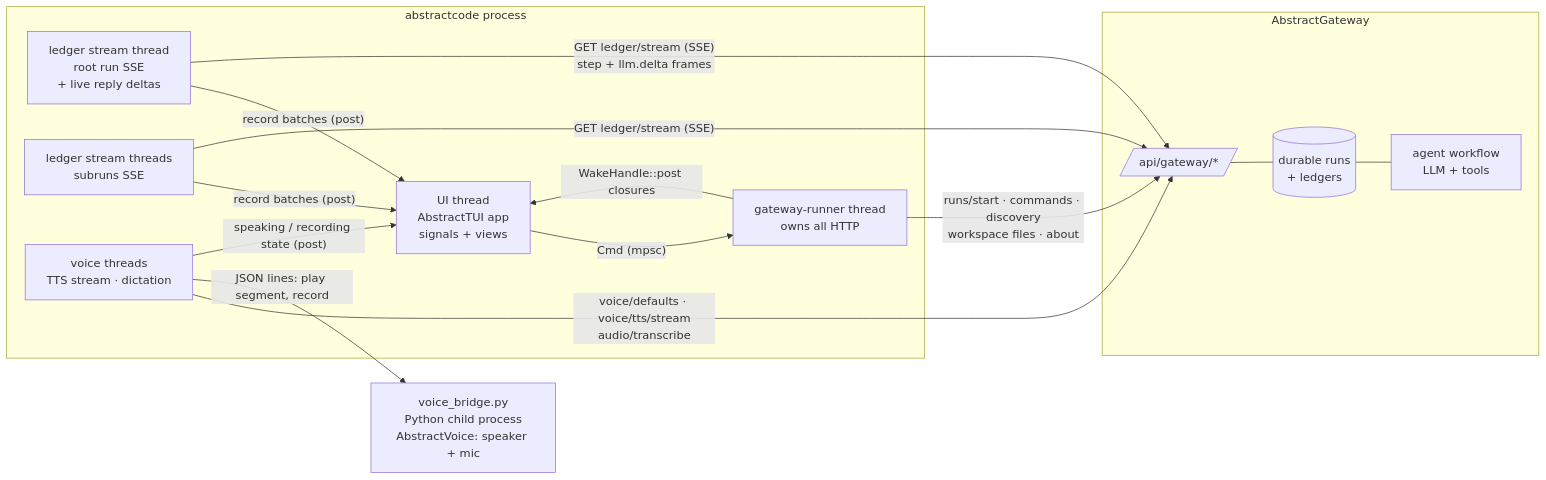
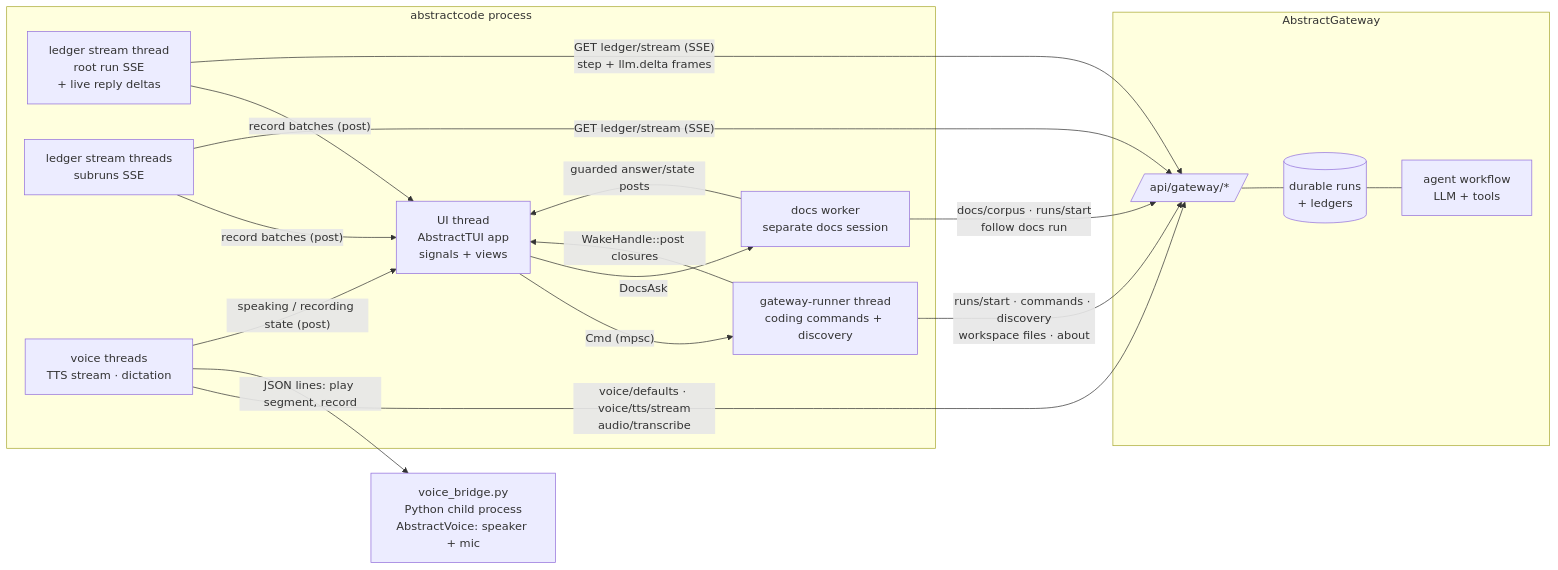
Before and after one commit to lpalbou/AbstractCode: the first of 3 diagrams in tui/docs/architecture.md, drawn with Mermaid. The commit also changed other lines of this file and 24 other files, not shown here.

````diff
--- a/tui/docs/architecture.md
+++ b/tui/docs/architecture.md
@@ -11,28 +11,32 @@
 ```mermaid
 flowchart LR
   subgraph terminal [abstractcode process]
     UI[UI thread<br/>AbstractTUI app<br/>signals + views]
-    W[gateway-runner thread<br/>owns all HTTP]
+    W[gateway-runner thread<br/>coding commands + discovery]
     S1[ledger stream thread<br/>root run SSE<br/>+ live reply deltas]
     S2[ledger stream threads<br/>subruns SSE]
+    D[docs worker<br/>separate docs session]
     V[voice threads<br/>TTS stream · dictation]
   end
   BR[voice_bridge.py<br/>Python child process<br/>AbstractVoice: speaker + mic]
   subgraph gw [AbstractGateway]
     API[/api/gateway/*/]
     RUNS[(durable runs<br/>+ ledgers)]
     AGENT[agent workflow<br/>LLM + tools]
   end
   UI -- "Cmd (mpsc)" --> W
   W -- "WakeHandle::post closures" --> UI
   S1 -- "record batches (post)" --> UI
   S2 -- "record batches (post)" --> UI
   W -- "runs/start · commands · discovery<br/>workspace files · about" --> API
   S1 -- "GET ledger/stream (SSE)<br/>step + llm.delta frames" --> API
   S2 -- "GET ledger/stream (SSE)" --> API
+  UI -- "DocsAsk" --> D
+  D -- "docs/corpus · runs/start<br/>follow docs run" --> API
+  D -- "guarded answer/state posts" --> UI
   V -- "voice/defaults · voice/tts/stream<br/>audio/transcribe" --> API
   V -- "JSON lines: play segment, record" --> BR
   V -- "speaking / recording state (post)" --> UI
   API --- RUNS
   RUNS --- AGENT
 ```
````
